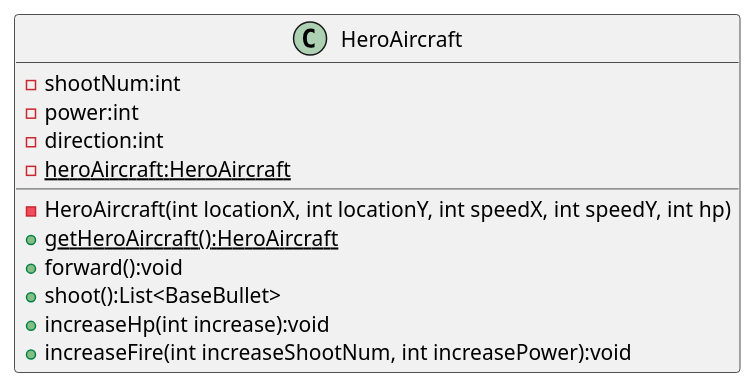
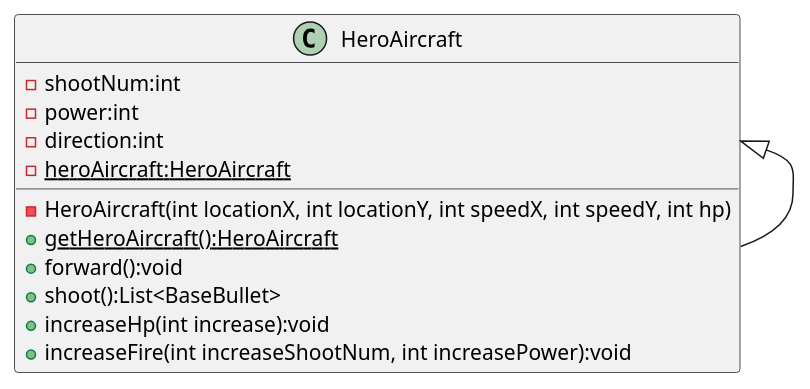
The diagram in uml/HeroSingleton.puml (2020lwh567/AircraftWar), drawn with PlantUML before and after one commit. The commit also changed 17 other files, not shown here.

```diff
--- a/uml/HeroSingleton.puml
+++ b/uml/HeroSingleton.puml
@@ -1,17 +1,19 @@
 @startuml
 'https://plantuml.com/class-diagram
 
 class HeroAircraft {
     - shootNum:int
     - power:int
     - direction:int
     - {static} heroAircraft:HeroAircraft
     - HeroAircraft(int locationX, int locationY, int speedX, int speedY, int hp)
     + {static} getHeroAircraft():HeroAircraft
     + forward():void
     + shoot():List<BaseBullet>
     + increaseHp(int increase):void
     + increaseFire(int increaseShootNum, int increasePower):void
 }
 
+HeroAircraft <|-- HeroAircraft
+
 @enduml
```
